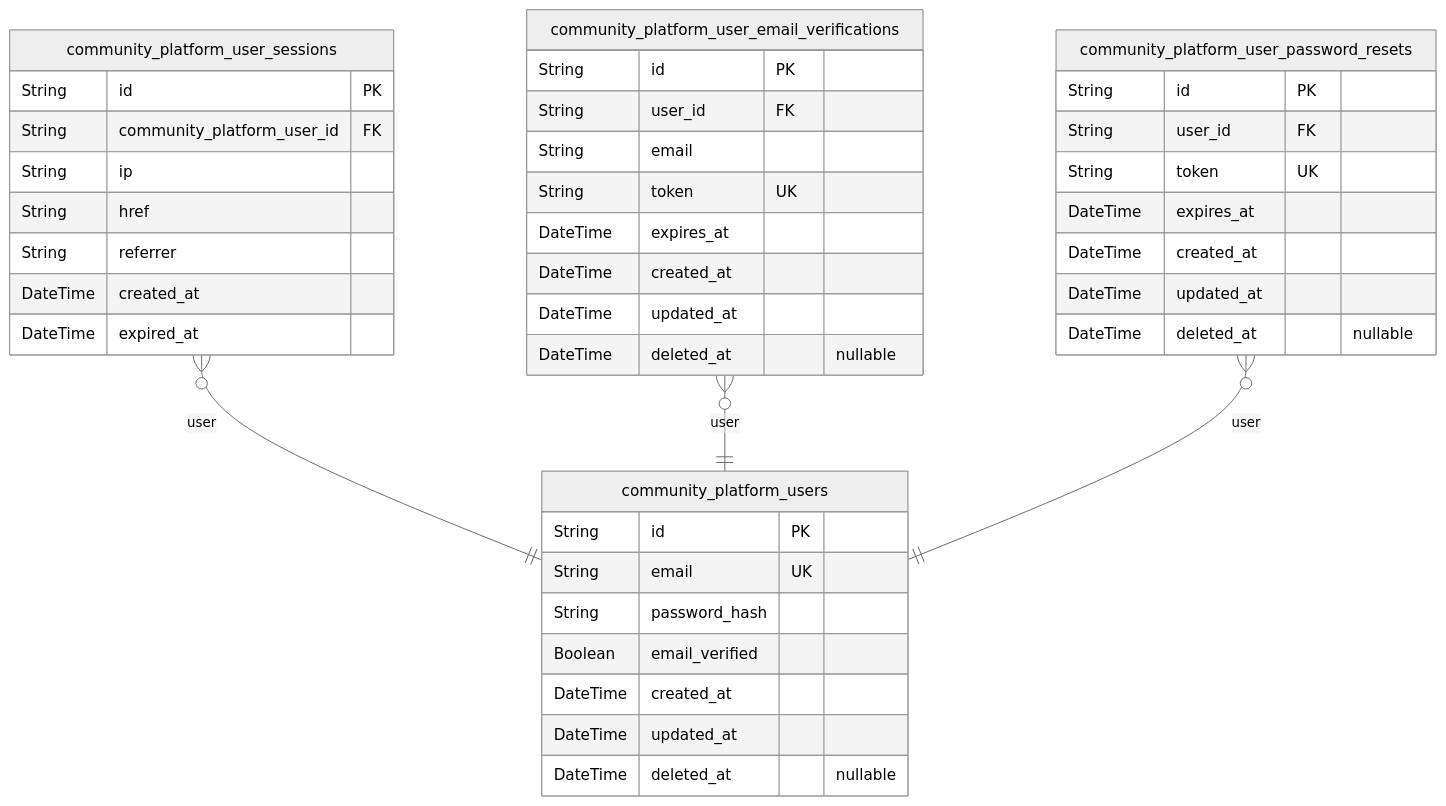
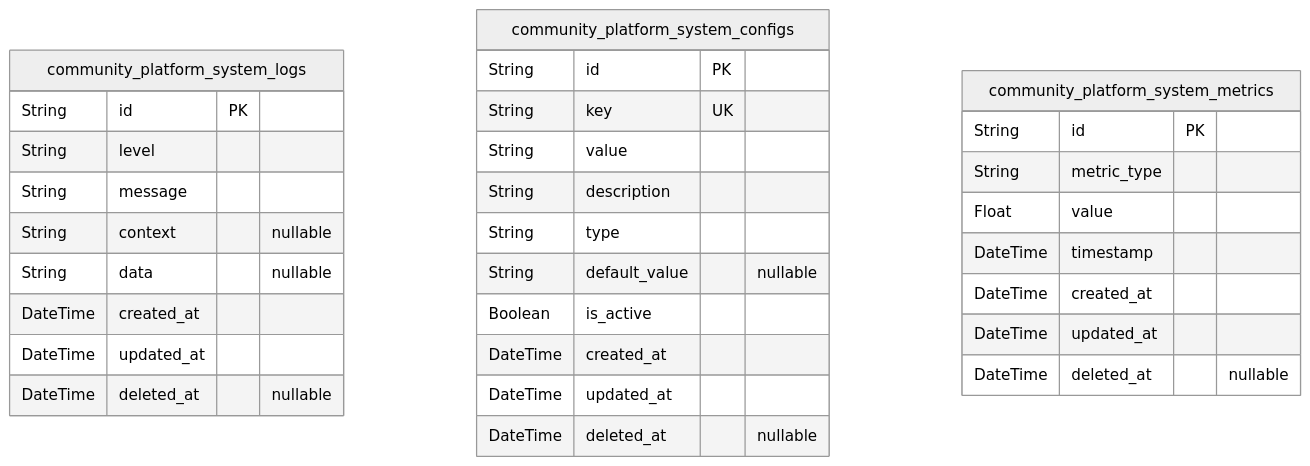
The second of 11 diagrams in qwen/qwen3-30b-a3b-thinking-2507/reddit/docs/ERD.md (wrtnlabs/autobe-examples), drawn with Mermaid (neutral theme) before and after one commit. The commit also changed other lines of this file and 11104 other files, not shown here.

````diff
--- a/qwen/qwen3-30b-a3b-thinking-2507/reddit/docs/ERD.md
+++ b/qwen/qwen3-30b-a3b-thinking-2507/reddit/docs/ERD.md
@@ -16,43 +303,34 @@
 ```mermaid
 erDiagram
-"community_platform_users" {
+"community_platform_system_logs" {
   String id PK
-  String email UK
-  String password_hash
-  Boolean email_verified
+  String level
+  String message
+  String context "nullable"
+  String data "nullable"
   DateTime created_at
   DateTime updated_at
   DateTime deleted_at "nullable"
 }
-"community_platform_user_sessions" {
+"community_platform_system_configs" {
   String id PK
-  String community_platform_user_id FK
-  String ip
-  String href
-  String referrer
-  DateTime created_at
-  DateTime expired_at
-}
-"community_platform_user_email_verifications" {
-  String id PK
-  String user_id FK
-  String email
-  String token UK
-  DateTime expires_at
+  String key UK
+  String value
+  String description
+  String type
+  String default_value "nullable"
+  Boolean is_active
   DateTime created_at
   DateTime updated_at
   DateTime deleted_at "nullable"
 }
-"community_platform_user_password_resets" {
+"community_platform_system_metrics" {
   String id PK
-  String user_id FK
-  String token UK
-  DateTime expires_at
+  String metric_type
+  Float value
+  DateTime timestamp
   DateTime created_at
   DateTime updated_at
   DateTime deleted_at "nullable"
 }
-"community_platform_user_sessions" }o--|| "community_platform_users" : user
-"community_platform_user_email_verifications" }o--|| "community_platform_users" : user
-"community_platform_user_password_resets" }o--|| "community_platform_users" : user
 ```
````
